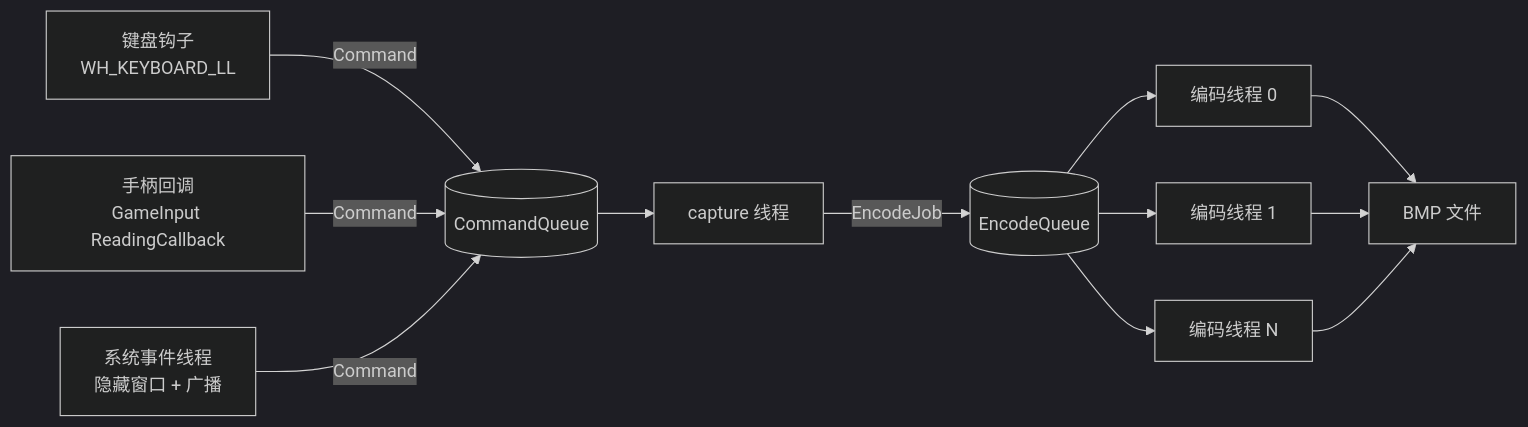
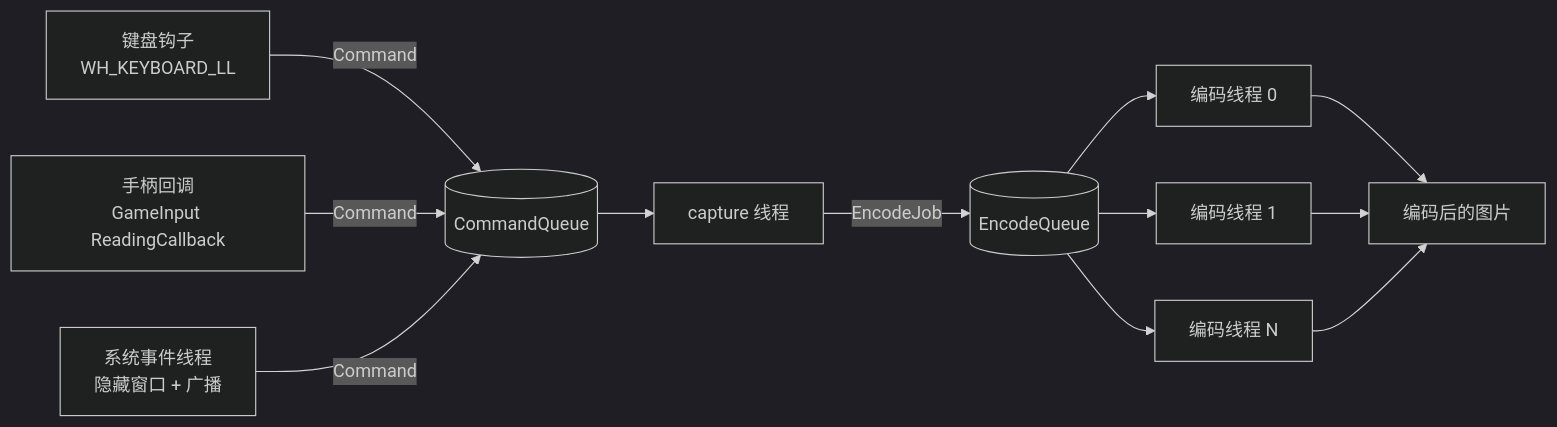
Before and after one commit to sprinox/GameSnap: the first of 2 diagrams in docs/architecture.md, drawn with Mermaid (dark theme). The commit also changed other lines of this file and 6 other files, not shown here.

````diff
--- a/docs/architecture.md
+++ b/docs/architecture.md
@@ -5,14 +5,14 @@
 ```mermaid
 flowchart LR
     KB["键盘钩子<br/>WH_KEYBOARD_LL"] -->|Command| CQ[(CommandQueue)]
     PAD["手柄回调<br/>GameInput ReadingCallback"] -->|Command| CQ
     SYS["系统事件线程<br/>隐藏窗口 + 广播"] -->|Command| CQ
     CQ --> CAP["capture 线程"]
     CAP -->|EncodeJob| EQ[(EncodeQueue)]
     EQ --> E0["编码线程 0"]
     EQ --> E1["编码线程 1"]
     EQ --> EN["编码线程 N"]
-    E0 --> FILE["BMP 文件"]
+    E0 --> FILE["编码后的图片"]
     E1 --> FILE
     EN --> FILE
 ```
````
